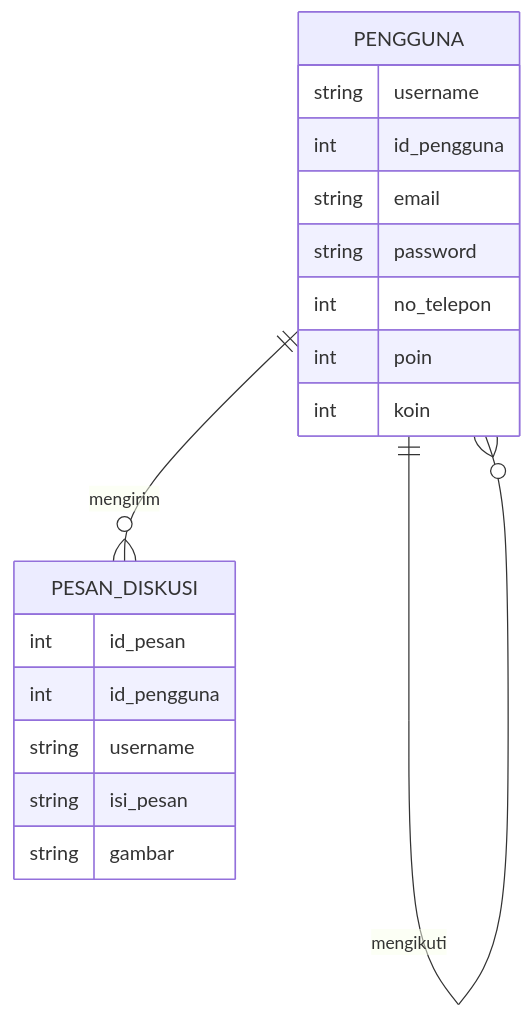
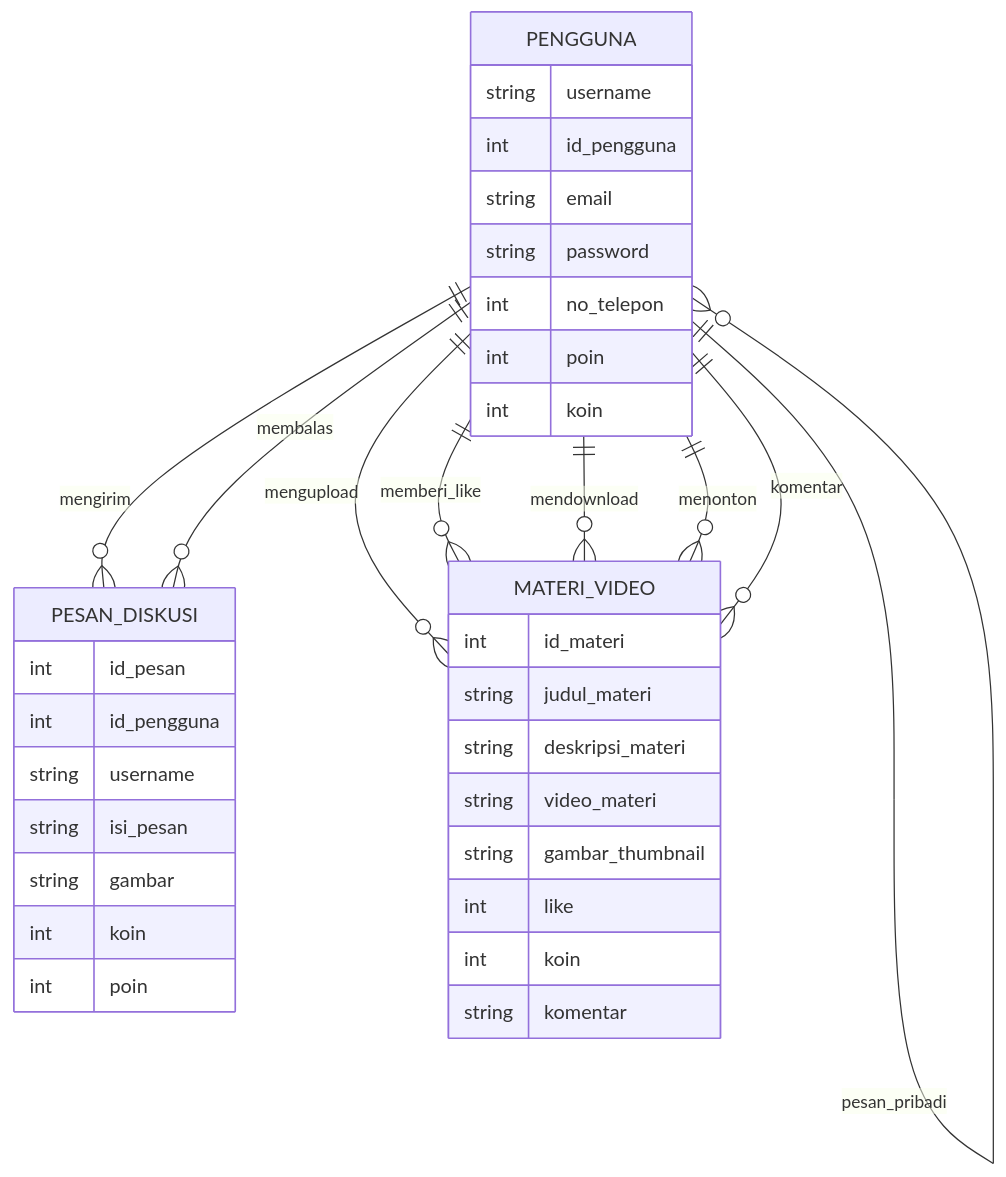
The first of 2 diagrams in job interview.MD (fahrizap/Kodein), drawn with Mermaid before and after one commit.

Commit message:
Update job interview.MD

````diff
--- a/job interview.MD
+++ b/job interview.MD
@@ -23,21 +23,40 @@
 ```mermaid
 erDiagram
 PENGGUNA {
 string username
 int id_pengguna
 string email
 string password
 int no_telepon
 int poin
 int koin
 }
 PESAN_DISKUSI {
 int id_pesan
 int id_pengguna
 string username
 string isi_pesan
 string gambar
+int koin
+int poin
 }
+MATERI_VIDEO {
+int id_materi
+string judul_materi
+string deskripsi_materi
+string video_materi
+string gambar_thumbnail
+int like
+int koin 
+string komentar
+}
+PENGGUNA||--o{MATERI_VIDEO : mengupload
+PENGGUNA||--o{MATERI_VIDEO : memberi_like
+PENGGUNA||--o{MATERI_VIDEO : mendownload
+PENGGUNA||--o{MATERI_VIDEO : menonton
+PENGGUNA||--o{MATERI_VIDEO : komentar
 PENGGUNA||--o{PESAN_DISKUSI : mengirim
+PENGGUNA||--o{PESAN_DISKUSI : membalas
 PENGGUNA||--o{PENGGUNA : mengikuti
+PENGGUNA||--o{PENGGUNA : pesan_pribadi
 ```
````
